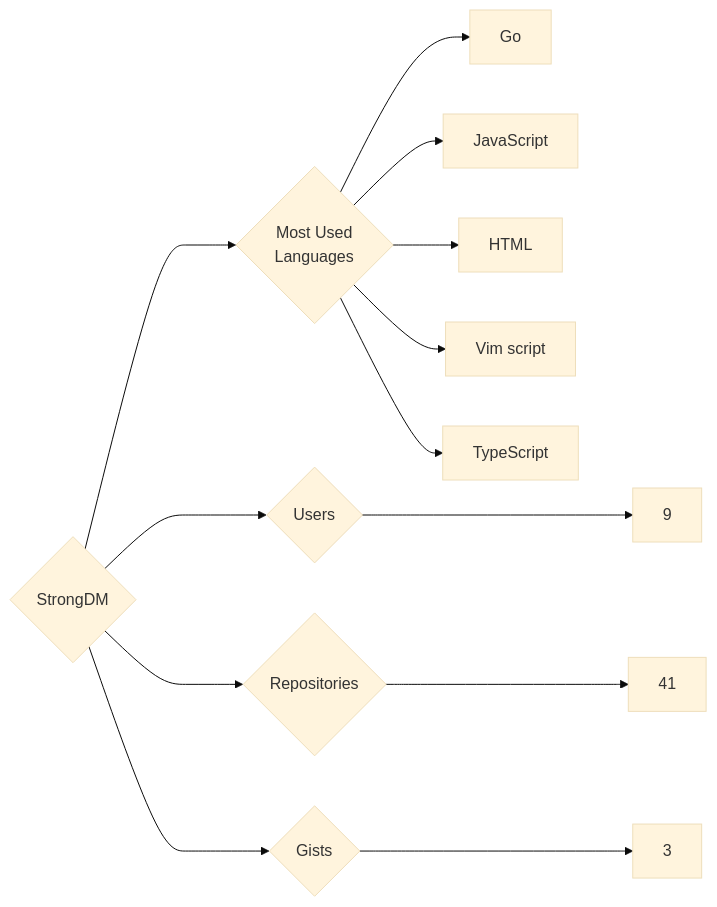
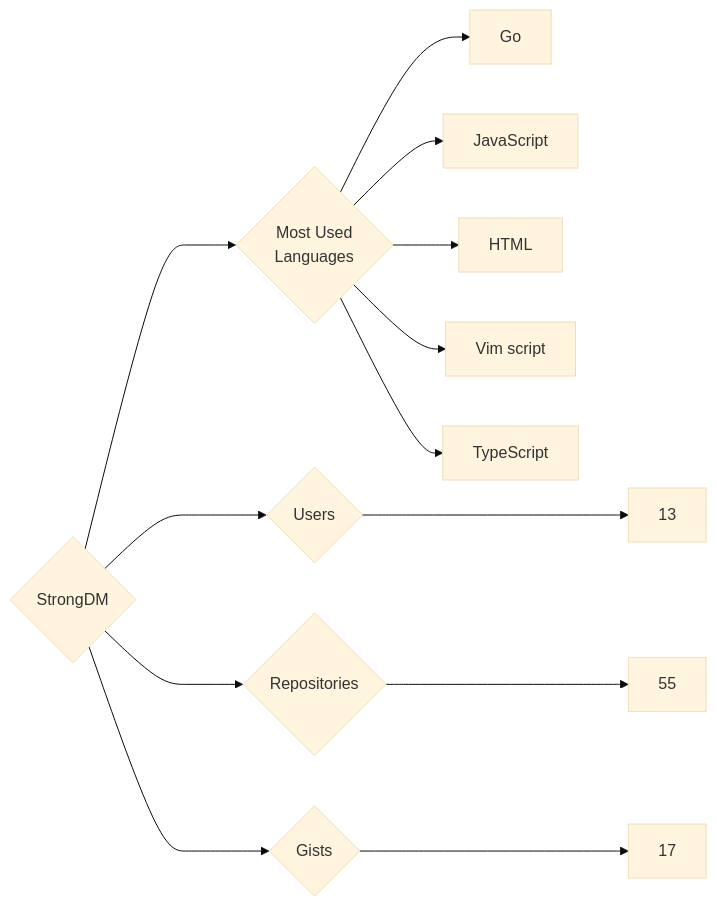
Before and after one commit to trickest/insiders: the diagram in targets/StrongDM/README.md, drawn with Mermaid (base theme). The commit also changed 886 other files, not shown here.

````diff
--- a/targets/StrongDM/README.md
+++ b/targets/StrongDM/README.md
@@ -3,13 +3,13 @@
 ```mermaid
 graph LR
 COMPANY_NAME{StrongDM}
-COMPANY_NAME ---> U{Users} ---> UN[9]
-COMPANY_NAME ---> R{Repositories} ---> RN[41]
-COMPANY_NAME ---> G{Gists} ---> GN[3]
+COMPANY_NAME ---> U{Users} ---> UN[13]
+COMPANY_NAME ---> R{Repositories} ---> RN[55]
+COMPANY_NAME ---> G{Gists} ---> GN[17]
 COMPANY_NAME ---> ML{Most Used<br>Languages}
 ML --> Go[Go]
 ML --> JavaScript[JavaScript]
 ML --> HTML[HTML]
 ML --> Vim_script[Vim script]
 ML --> TypeScript[TypeScript]
 ```
````
